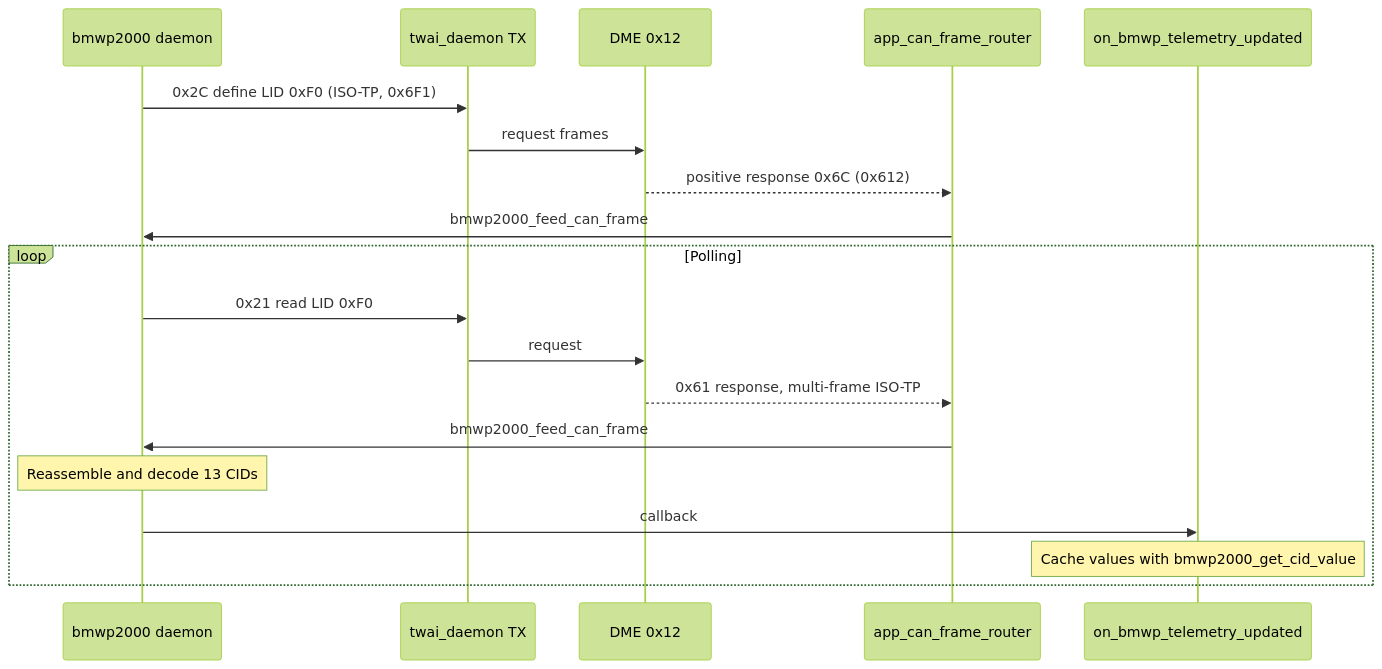
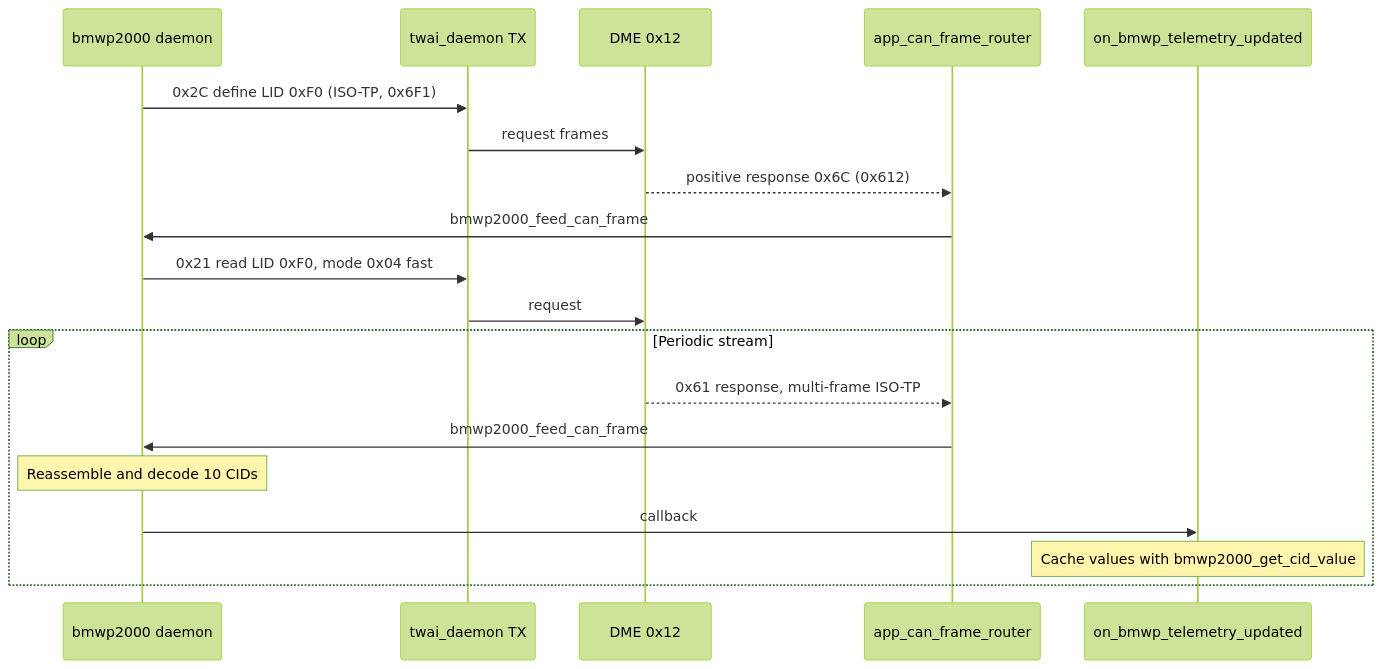
Before and after one commit to martinroger/MiniGauge56: the third of 4 diagrams in docs/TOO.MD, drawn with Mermaid (forest theme). The commit also changed other lines of this file and 4 other files, not shown here.

Commit message:
Update docs for bmwp2000 v3.2.0 and the 10-CID fast-mode LID

````diff
--- a/docs/TOO.MD
+++ b/docs/TOO.MD
@@ -143,22 +143,22 @@
 ```mermaid
 sequenceDiagram
     participant D as bmwp2000 daemon
     participant TX as twai_daemon TX
     participant DME as DME 0x12
     participant ROUTER as app_can_frame_router
     participant CB as on_bmwp_telemetry_updated
 
     D->>TX: 0x2C define LID 0xF0 (ISO-TP, 0x6F1)
     TX->>DME: request frames
     DME-->>ROUTER: positive response 0x6C (0x612)
     ROUTER->>D: bmwp2000_feed_can_frame
-    loop Polling
-        D->>TX: 0x21 read LID 0xF0
-        TX->>DME: request
+    D->>TX: 0x21 read LID 0xF0, mode 0x04 fast
+    TX->>DME: request
+    loop Periodic stream
         DME-->>ROUTER: 0x61 response, multi-frame ISO-TP
         ROUTER->>D: bmwp2000_feed_can_frame
-        Note over D: Reassemble and decode 13 CIDs
+        Note over D: Reassemble and decode 10 CIDs
         D->>CB: callback
         Note over CB: Cache values with bmwp2000_get_cid_value
     end
 ```
````
